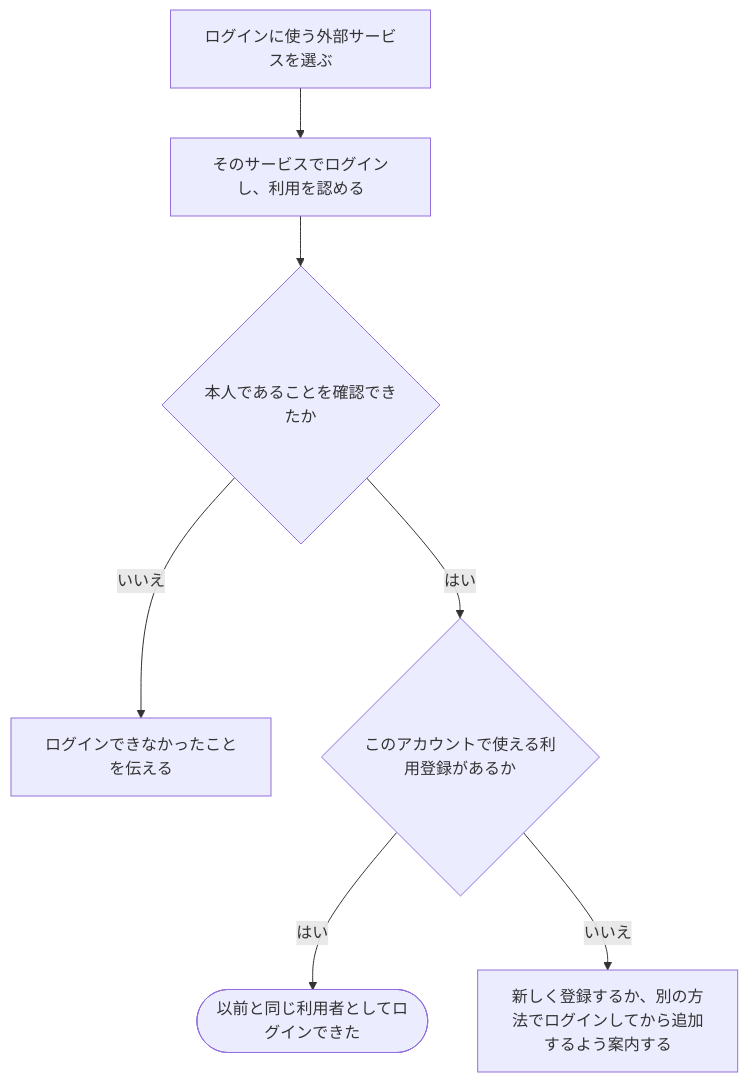
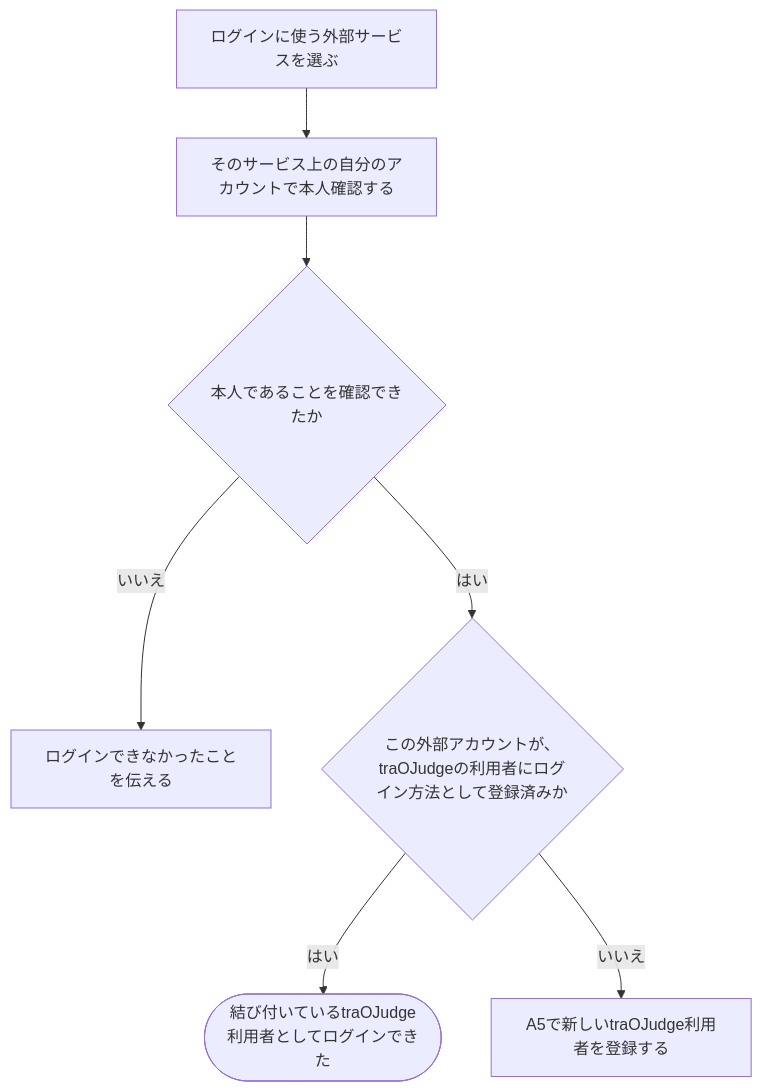
The diagram in docs/requirements/scenarios/authentication/sign-in-with-another-service.md (traP-jp/traOJudge), drawn with Mermaid before and after one commit. The commit also changed other lines of this file and 36 other files, not shown here.

First line of the commit message:
feat(authentication): Update email change and registration flows

````diff
--- a/docs/requirements/scenarios/authentication/sign-in-with-another-service.md
+++ b/docs/requirements/scenarios/authentication/sign-in-with-another-service.md
@@ -23,9 +32,9 @@
 ```mermaid
 flowchart TD
-    A["ログインに使う外部サービスを選ぶ"] --> B["そのサービスでログインし、利用を認める"]
+    A["ログインに使う外部サービスを選ぶ"] --> B["そのサービス上の自分のアカウントで本人確認する"]
     B --> C{"本人であることを確認できたか"}
     C -->|いいえ| D["ログインできなかったことを伝える"]
-    C -->|はい| E{"このアカウントで使える利用登録があるか"}
-    E -->|はい| F(["以前と同じ利用者としてログインできた"])
-    E -->|いいえ| G["新しく登録するか、別の方法でログインしてから追加するよう案内する"]
+    C -->|はい| E{"この外部アカウントが、traOJudgeの利用者にログイン方法として登録済みか"}
+    E -->|はい| F(["結び付いているtraOJudge利用者としてログインできた"])
+    E -->|いいえ| G["A5で新しいtraOJudge利用者を登録する"]
 ```
````
